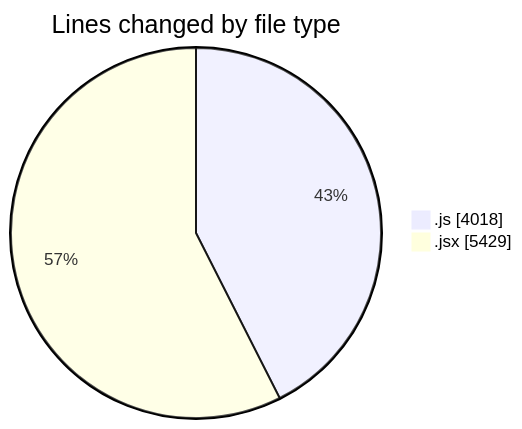
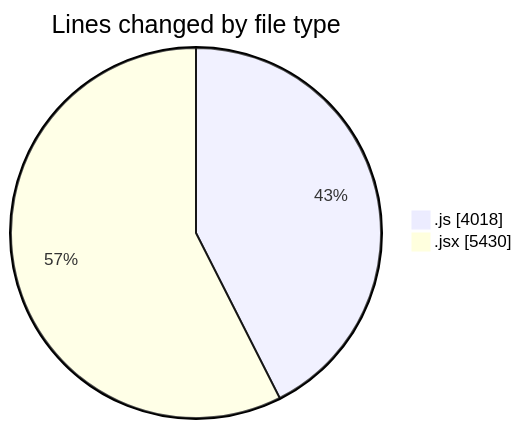
Before and after one commit to nxtqubesakshisongat/code-tracking: the first of 2 diagrams in 2025-12-31/nxtqube_webapp/README.md, drawn with Mermaid. The commit also changed other lines of this file and 1 other file, not shown here.

````diff
--- a/2025-12-31/nxtqube_webapp/README.md
+++ b/2025-12-31/nxtqube_webapp/README.md
@@ -33,6 +33,6 @@
 ```mermaid
 pie showData
 title Lines changed by file type
 ".js" : 4018
-".jsx" : 5429
+".jsx" : 5430
 ```
````
